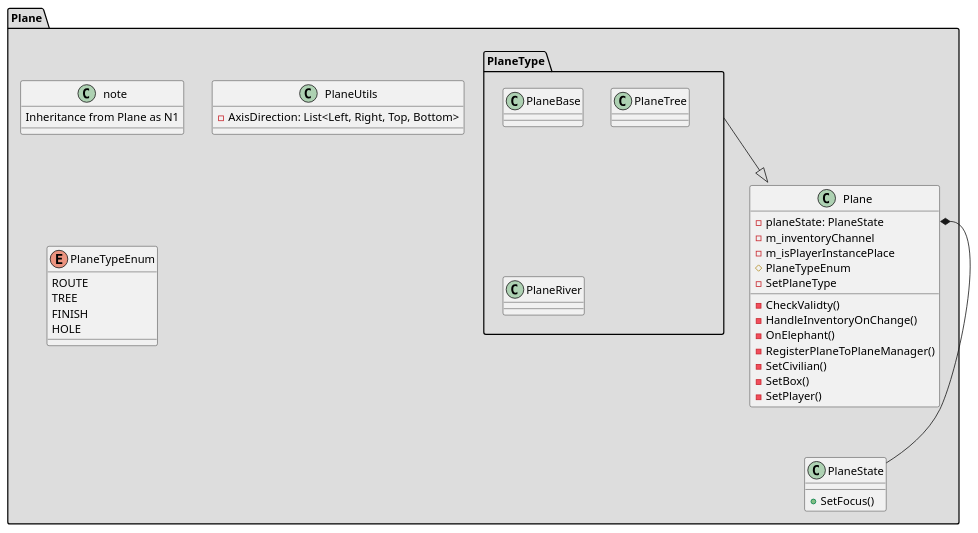
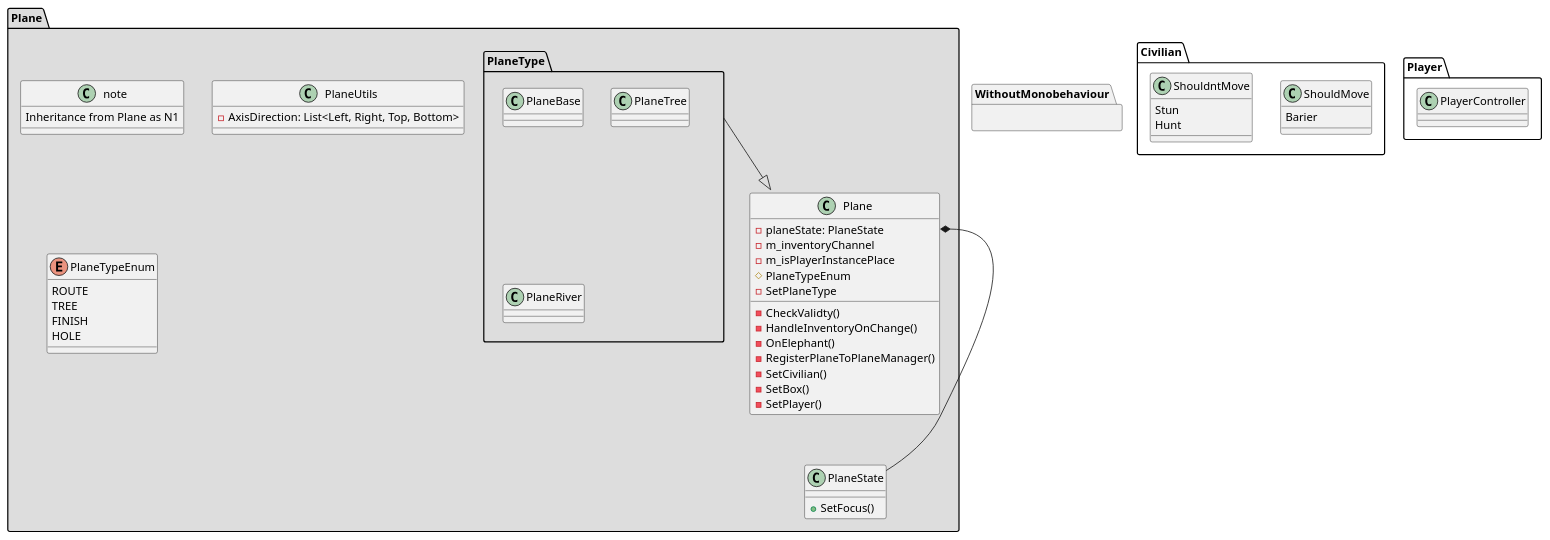
Before and after one commit to rizqyn9/ElephantInRescue: the diagram in Diagram.puml, drawn with PlantUML. The commit also changed 2 other files, not shown here.

Commit message:
update: Diagram

```diff
--- a/Diagram.puml
+++ b/Diagram.puml
@@ -1,62 +1,74 @@
 @startuml
+
+
+package Civilian {
+    class ShouldMove {
+        Barier
+    }
+
+    class ShouldntMove {
+        Stun
+        Hunt
+    }
+}
 
 ' package Civilian {
 '     class CivilianBase {}
 
 ' }
 
-' package Player {
-'     class PlayerController {}
-' }
+package Player {
+    class PlayerController {}
+}
 
-' package WithoutMonobehaviour {    
-' }
+package WithoutMonobehaviour {    
+}
 
 package Plane #DDDDDD {
     class Plane {
         -planeState: PlaneState
         -m_inventoryChannel
         -m_isPlayerInstancePlace 
         #PlaneTypeEnum
         -SetPlaneType
         -CheckValidty()
         -HandleInventoryOnChange()
         -OnElephant()
         -RegisterPlaneToPlaneManager()
         -SetCivilian()
         -SetBox()
         -SetPlayer()        
     }
 
     Plane::planeState *-- PlaneState
 
     package PlaneType {
         class PlaneBase {}
         class PlaneTree {}
         class PlaneRiver {}  
     }
 
     note : Inheritance from Plane as N1
 
     class PlaneState {
         +SetFocus()    
     }
 
 
     class PlaneUtils {
         -AxisDirection: List<Left, Right, Top, Bottom>
 
     }
 
     PlaneType --|> Plane 
 
     enum PlaneTypeEnum {
         ROUTE
         TREE
         FINISH
         HOLE
     }
 }
 
 
 @enduml
```
